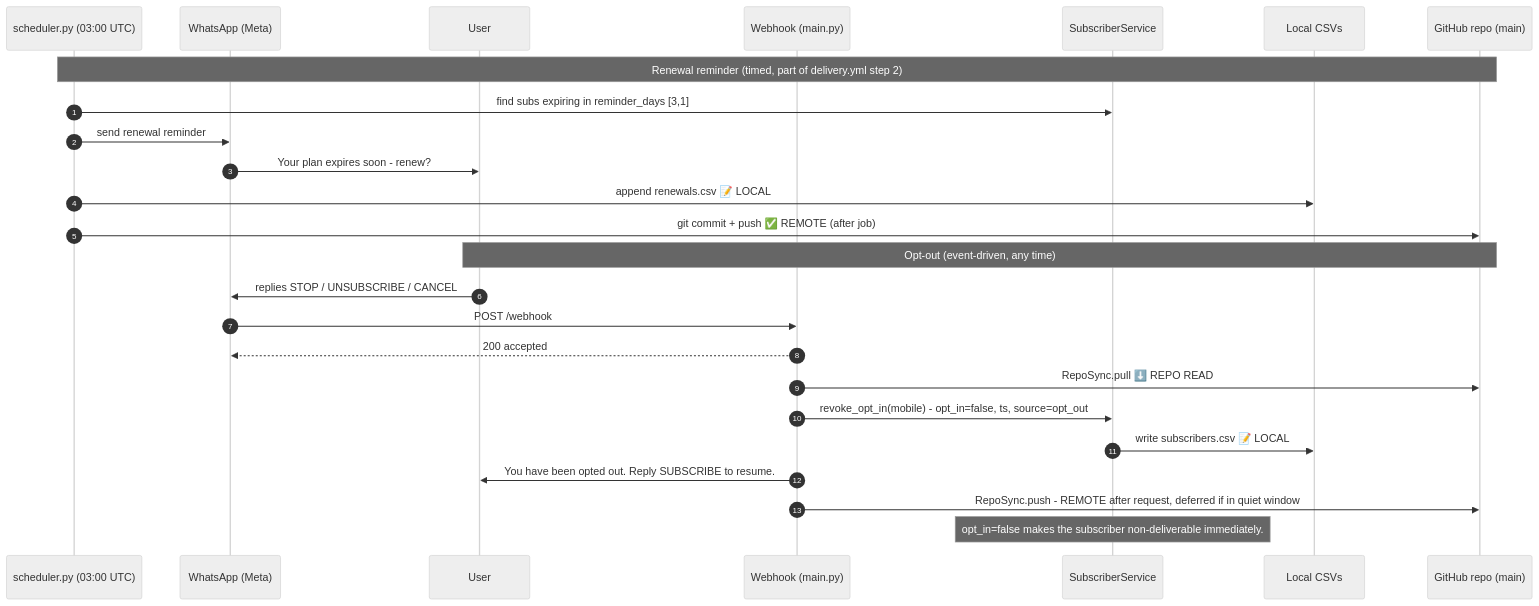
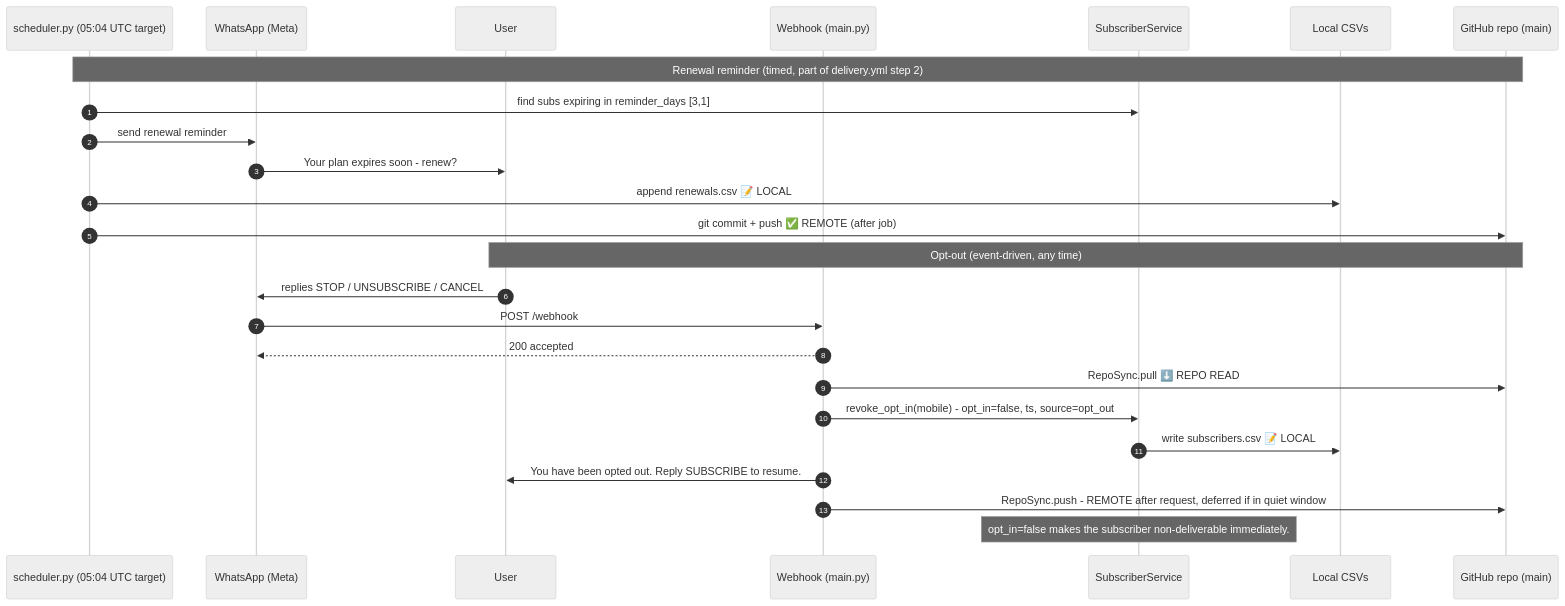
One commit to mishnit/daily-darshan changed the sixth of 6 diagrams in sequence-diagrams.md. Above: the diagram before and after it, drawn with Mermaid (neutral theme). The commit also changed other lines of this file and 3 other files, not shown here.

Commit message:
docs: align guides with current customer flow

````diff
--- a/sequence-diagrams.md
+++ b/sequence-diagrams.md
@@ -266,29 +269,29 @@
 ```mermaid
 sequenceDiagram
     autonumber
-    participant Sched as scheduler.py (03:00 UTC)
+    participant Sched as scheduler.py (05:04 UTC target)
     participant WA as WhatsApp (Meta)
     participant User
     participant Web as Webhook (main.py)
     participant Sub as SubscriberService
     participant Local as Local CSVs
     participant Repo as GitHub repo (main)
 
     Note over Sched,Repo: Renewal reminder (timed, part of delivery.yml step 2)
     Sched->>Sub: find subs expiring in reminder_days [3,1]
     Sched->>WA: send renewal reminder
     WA->>User: Your plan expires soon - renew?
     Sched->>Local: append renewals.csv  📝 LOCAL
     Sched->>Repo: git commit + push  ✅ REMOTE (after job)
 
     Note over User,Repo: Opt-out (event-driven, any time)
     User->>WA: replies STOP / UNSUBSCRIBE / CANCEL
     WA->>Web: POST /webhook
     Web-->>WA: 200 accepted
     Web->>Repo: RepoSync.pull  ⬇️ REPO READ
     Web->>Sub: revoke_opt_in(mobile) - opt_in=false, ts, source=opt_out
     Sub->>Local: write subscribers.csv  📝 LOCAL
     Web->>User: You have been opted out. Reply SUBSCRIBE to resume.
     Web->>Repo: RepoSync.push - REMOTE after request, deferred if in quiet window
     Note over Sub: opt_in=false makes the subscriber non-deliverable immediately.
 ```
````
